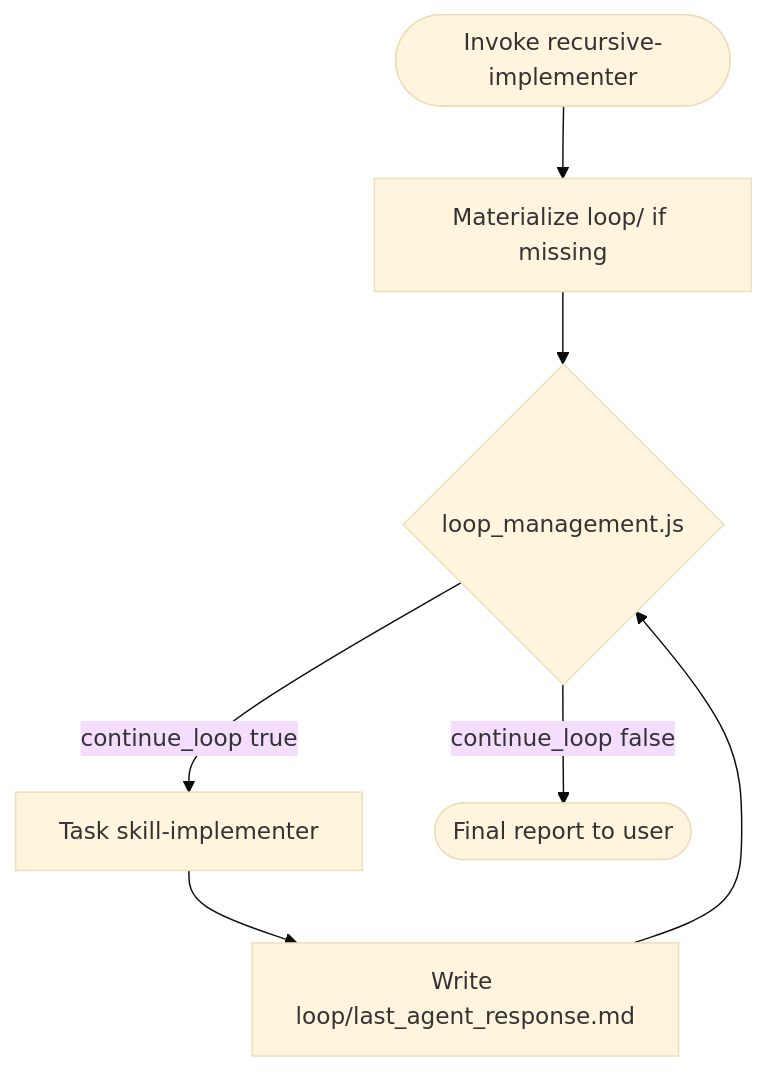
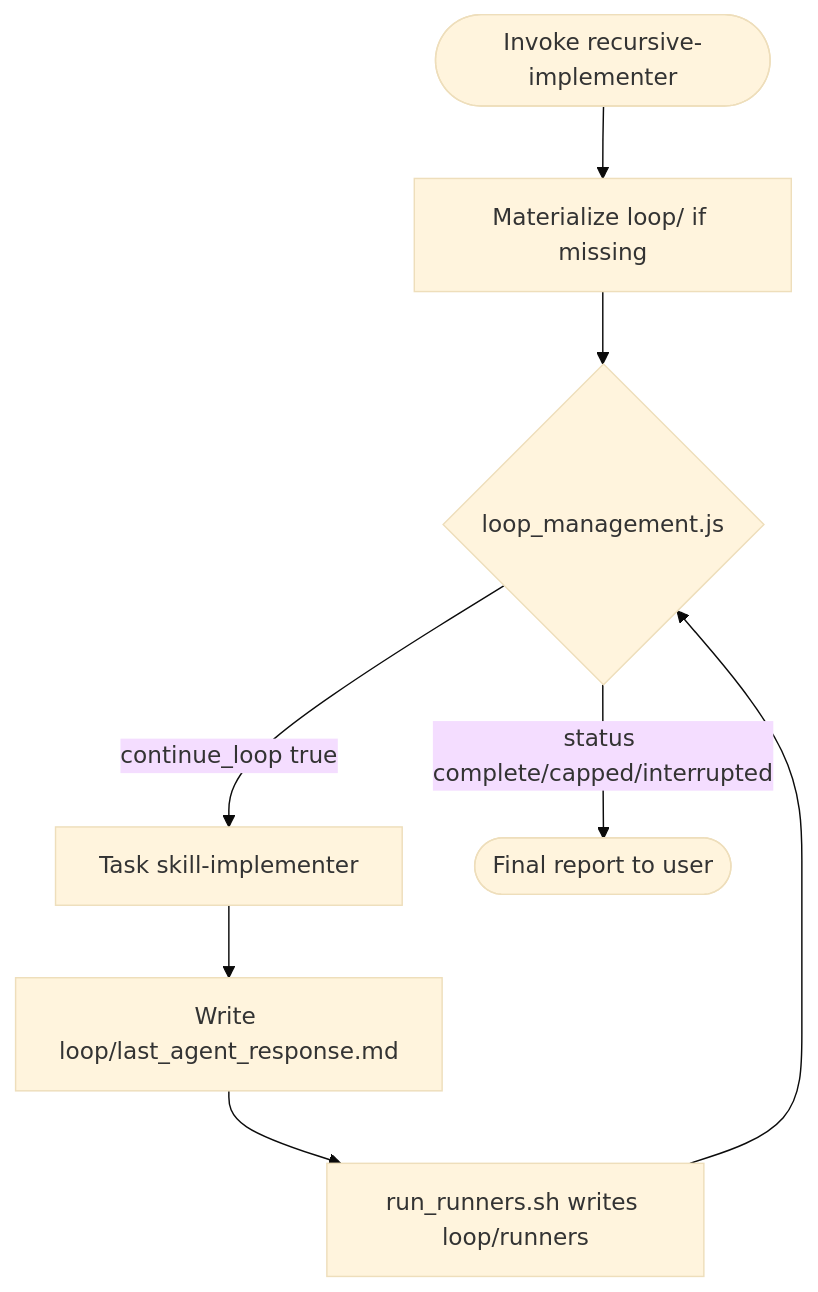
The diagram in .cursor/agents/AGENT-recursive-implementer.md (paulocymbaum/pixelanea), drawn with Mermaid (base theme) before and after one commit. The commit also changed other lines of this file and 15 other files, not shown here.

````diff
--- a/.cursor/agents/AGENT-recursive-implementer.md
+++ b/.cursor/agents/AGENT-recursive-implementer.md
@@ -126,9 +118,10 @@
 ```mermaid
 flowchart TD
     Start([Invoke recursive-implementer]) --> Setup[Materialize loop/ if missing]
     Setup --> Decide{loop_management.js}
     Decide -->|continue_loop true| SI[Task skill-implementer]
     SI --> Save[Write loop/last_agent_response.md]
-    Save --> Decide
-    Decide -->|continue_loop false| Report([Final report to user])
+    Save --> Runners[run_runners.sh writes loop/runners]
+    Runners --> Decide
+    Decide -->|status complete/capped/interrupted| Report([Final report to user])
 ```
````
